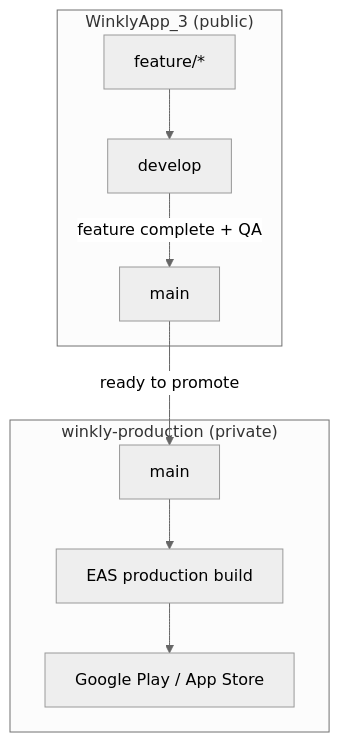
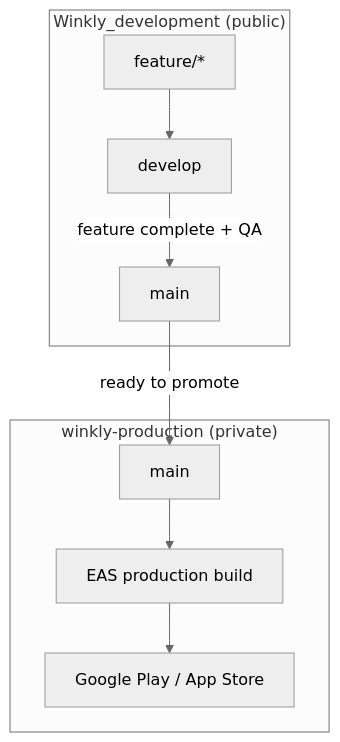
One commit to mywinkly-cell/Winkly_development changed the first of 2 diagrams in docs/BRANCHING.md. Above: the diagram before and after it, drawn with Mermaid (neutral theme). The commit also changed other lines of this file and 86 other files, not shown here.

````diff
--- a/docs/BRANCHING.md
+++ b/docs/BRANCHING.md
@@ -23,12 +23,12 @@
 ```mermaid
 flowchart TD
-  subgraph dev ["WinklyApp_3 (public)"]
+  subgraph dev ["Winkly_development (public)"]
     F[feature/*] --> D[develop]
     D -->|feature complete + QA| M[main]
   end
   subgraph release ["winkly-production (private)"]
     M -->|ready to promote| RP[main]
     RP --> EAS[EAS production build]
     EAS --> Play[Google Play / App Store]
   end
 ```
````
